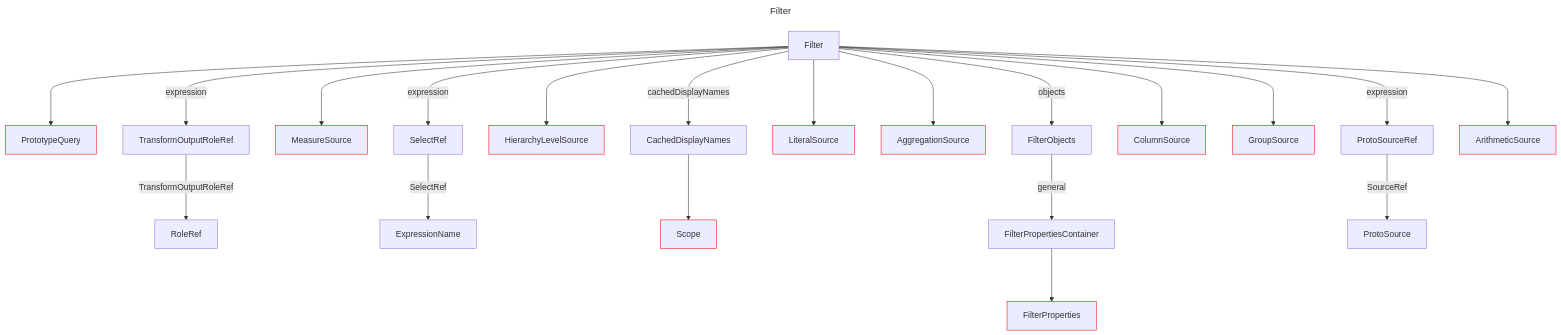
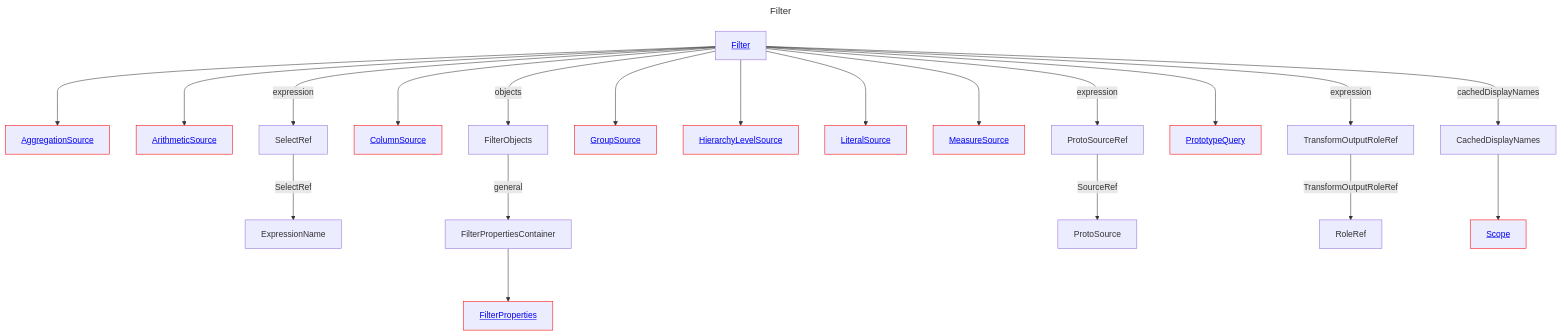
One commit to douglassimonsen/pbi_core changed the diagram in docs/docs/layout/erd/Filter.md. Above: the diagram before and after it, drawn with Mermaid. The commit also changed 76 other files, not shown here.

````diff
--- a/docs/docs/layout/erd/Filter.md
+++ b/docs/docs/layout/erd/Filter.md
@@ -1,55 +1,55 @@
 ```mermaid
 ---
 title: Filter
 ---
 graph 
-2430071820688["RoleRef"]
-2430071951472["PrototypeQuery"]
-style 2430071951472 stroke:#ff0000,stroke-width:1px
-2430071814832["TransformOutputRoleRef"]
-2430071366800["ExpressionName"]
-2430071359968["MeasureSource"]
-style 2430071359968 stroke:#ff0000,stroke-width:1px
-2430071356064["SelectRef"]
-2430071363872["HierarchyLevelSource"]
-style 2430071363872 stroke:#ff0000,stroke-width:1px
-2430071944640["FilterObjects"]
-2430071816784["LiteralSource"]
-style 2430071816784 stroke:#ff0000,stroke-width:1px
-2430071960256["Scope"]
-style 2430071960256 stroke:#ff0000,stroke-width:1px
-2430071989536["Filter"]
-2430071358016["AggregationSource"]
-style 2430071358016 stroke:#ff0000,stroke-width:1px
-2430071933904["FilterPropertiesContainer"]
-2430071825568["ProtoSourceRef"]
-2430071365824["ColumnSource"]
-style 2430071365824 stroke:#ff0000,stroke-width:1px
-2430071808976["GroupSource"]
-style 2430071808976 stroke:#ff0000,stroke-width:1px
-2430071819712["ProtoSource"]
-2430071973920["CachedDisplayNames"]
-2430071915360["FilterProperties"]
-style 2430071915360 stroke:#ff0000,stroke-width:1px
-2430071382416["ArithmeticSource"]
-style 2430071382416 stroke:#ff0000,stroke-width:1px
-2430071989536 ---> 2430071951472
-2430071989536 ---> 2430071816784
-2430071933904 ---> 2430071915360
-2430071989536 --->|expression| 2430071356064
-2430071989536 ---> 2430071358016
-2430071825568 --->|SourceRef| 2430071819712
-2430071989536 --->|expression| 2430071814832
-2430071989536 ---> 2430071359968
-2430071989536 --->|expression| 2430071825568
-2430071989536 --->|cachedDisplayNames| 2430071973920
-2430071989536 ---> 2430071382416
-2430071814832 --->|TransformOutputRoleRef| 2430071820688
-2430071944640 --->|general| 2430071933904
-2430071989536 ---> 2430071363872
-2430071973920 ---> 2430071960256
-2430071356064 --->|SelectRef| 2430071366800
-2430071989536 ---> 2430071365824
-2430071989536 --->|objects| 2430071944640
-2430071989536 ---> 2430071808976
+AggregationSource[<a href='/layout/erd/AggregationSource'>AggregationSource</a>]
+style AggregationSource stroke:#ff0000,stroke-width:1px
+ArithmeticSource[<a href='/layout/erd/ArithmeticSource'>ArithmeticSource</a>]
+style ArithmeticSource stroke:#ff0000,stroke-width:1px
+CachedDisplayNames[CachedDisplayNames]
+ColumnSource[<a href='/layout/erd/ColumnSource'>ColumnSource</a>]
+style ColumnSource stroke:#ff0000,stroke-width:1px
+ExpressionName[ExpressionName]
+Filter[<a href='/layout/erd/Filter'>Filter</a>]
+FilterObjects[FilterObjects]
+FilterProperties[<a href='/layout/erd/FilterProperties'>FilterProperties</a>]
+style FilterProperties stroke:#ff0000,stroke-width:1px
+FilterPropertiesContainer[FilterPropertiesContainer]
+GroupSource[<a href='/layout/erd/GroupSource'>GroupSource</a>]
+style GroupSource stroke:#ff0000,stroke-width:1px
+HierarchyLevelSource[<a href='/layout/erd/HierarchyLevelSource'>HierarchyLevelSource</a>]
+style HierarchyLevelSource stroke:#ff0000,stroke-width:1px
+LiteralSource[<a href='/layout/erd/LiteralSource'>LiteralSource</a>]
+style LiteralSource stroke:#ff0000,stroke-width:1px
+MeasureSource[<a href='/layout/erd/MeasureSource'>MeasureSource</a>]
+style MeasureSource stroke:#ff0000,stroke-width:1px
+ProtoSource[ProtoSource]
+ProtoSourceRef[ProtoSourceRef]
+PrototypeQuery[<a href='/layout/erd/PrototypeQuery'>PrototypeQuery</a>]
+style PrototypeQuery stroke:#ff0000,stroke-width:1px
+RoleRef[RoleRef]
+Scope[<a href='/layout/erd/Scope'>Scope</a>]
+style Scope stroke:#ff0000,stroke-width:1px
+SelectRef[SelectRef]
+TransformOutputRoleRef[TransformOutputRoleRef]
+Filter ---> ColumnSource
+FilterPropertiesContainer ---> FilterProperties
+Filter ---> MeasureSource
+Filter --->|expression| ProtoSourceRef
+Filter ---> HierarchyLevelSource
+ProtoSourceRef --->|SourceRef| ProtoSource
+CachedDisplayNames ---> Scope
+Filter ---> AggregationSource
+Filter --->|objects| FilterObjects
+Filter ---> GroupSource
+TransformOutputRoleRef --->|TransformOutputRoleRef| RoleRef
+Filter ---> ArithmeticSource
+Filter ---> LiteralSource
+Filter --->|expression| TransformOutputRoleRef
+Filter --->|cachedDisplayNames| CachedDisplayNames
+SelectRef --->|SelectRef| ExpressionName
+Filter --->|expression| SelectRef
+FilterObjects --->|general| FilterPropertiesContainer
+Filter ---> PrototypeQuery
 ```
````
